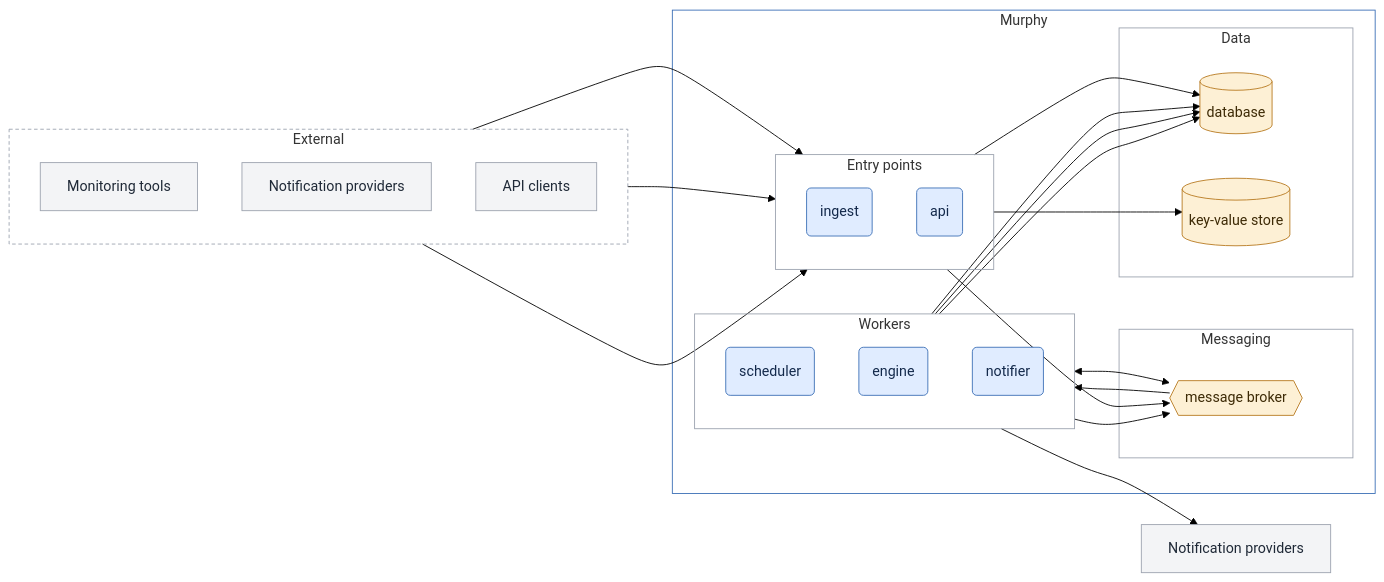
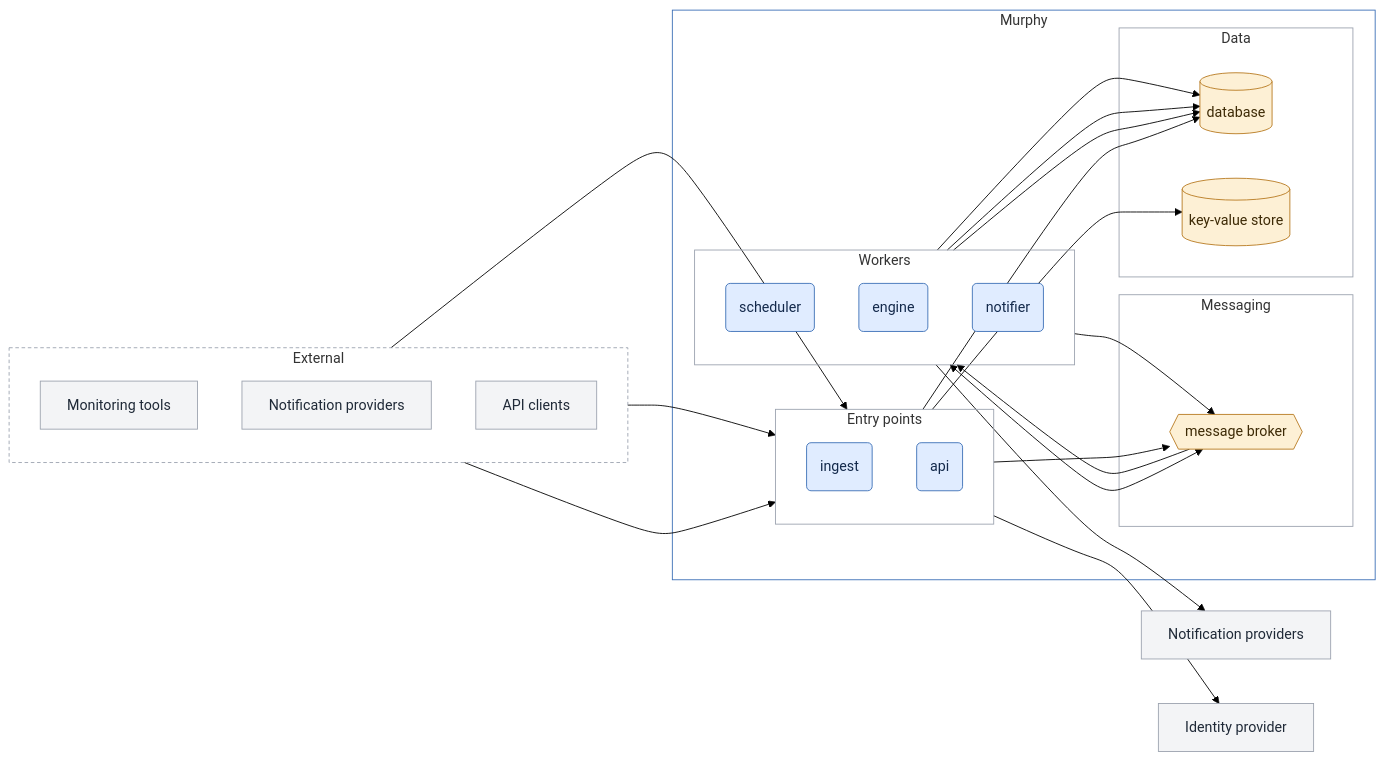
The first of 6 diagrams in docs/architecture.md (murphyhq/server), drawn with Mermaid (forest theme) before and after one commit. The commit also changed other lines of this file, not shown here.

First line of the commit message:
docs: signing in through an OpenID Connect provider or a password (#49)

````diff
--- a/docs/architecture.md
+++ b/docs/architecture.md
@@ -7,65 +7,67 @@
 ```mermaid
 flowchart LR
   subgraph external [External]
     direction TB
     mon[Monitoring tools]
     providers_in[Notification providers]
     clients[API clients]
   end
 
   subgraph murphy [Murphy]
     subgraph entry [Entry points]
       direction TB
       ingest(ingest)
       api(api)
     end
 
     subgraph workers [Workers]
       direction TB
       scheduler(scheduler)
       engine(engine)
       notifier(notifier)
     end
 
     subgraph messaging [Messaging]
       broker{{message broker}}
     end
 
     subgraph data [Data]
       db[(database)]
       kv[(key-value store)]
     end
   end
 
   providers_out[Notification providers]
+  idp[Identity provider]
 
   mon --> ingest
   providers_in --> ingest
   clients --> api
+  api --> idp
   notifier --> providers_out
 
   ingest --> broker
   scheduler --> broker
   broker --> engine
   broker <--> notifier
 
   api --> db
   api --> kv
   engine --> db
   scheduler --> db
   notifier --> db
 
   classDef outside fill:#f3f4f6,stroke:#9ca3af,color:#1f2937
   classDef component fill:#e0ecff,stroke:#3b6fb6,color:#13294b
   classDef infra fill:#fdf0d5,stroke:#b7791f,color:#3d2a06
-  class mon,providers_in,clients,providers_out outside
+  class mon,providers_in,clients,providers_out,idp outside
   class ingest,api,scheduler,engine,notifier component
   class broker,db,kv infra
 
   style external fill:none,stroke:#9ca3af,stroke-dasharray:4 3
   style murphy fill:none,stroke:#3b6fb6
   style entry fill:none,stroke:#9ca3af
   style workers fill:none,stroke:#9ca3af
   style messaging fill:none,stroke:#9ca3af
   style data fill:none,stroke:#9ca3af
 ```
````
